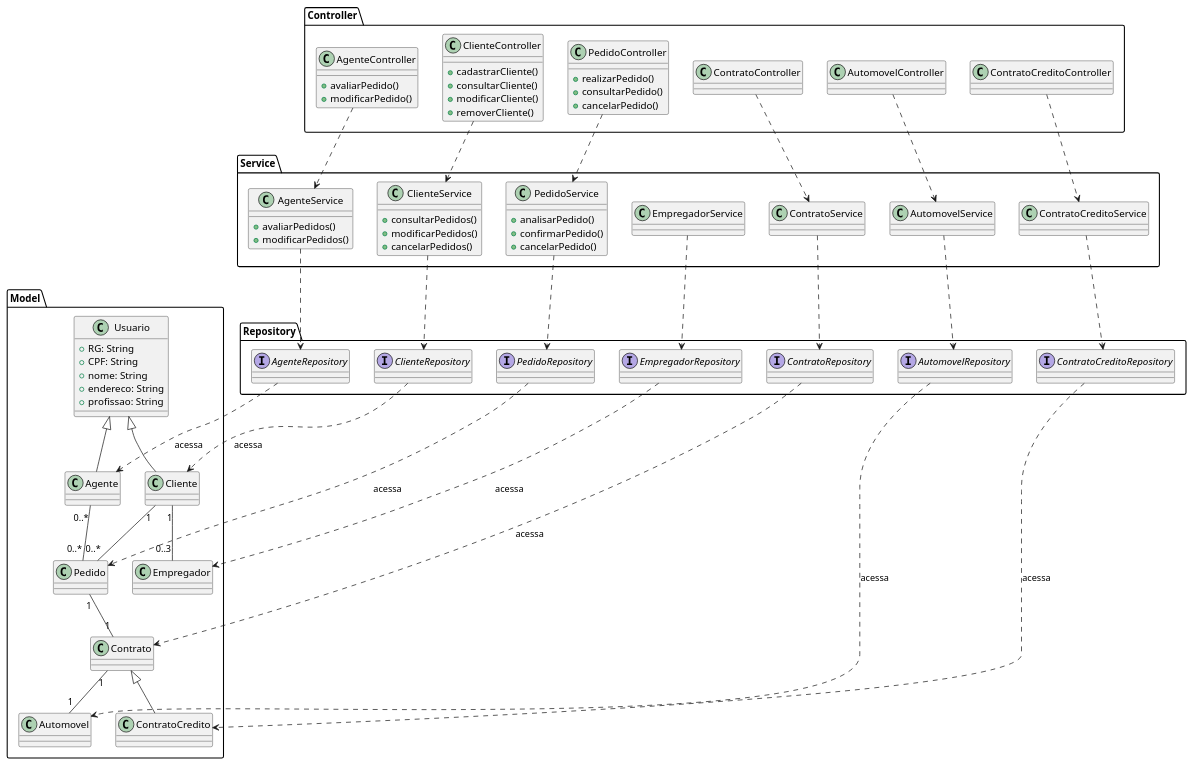
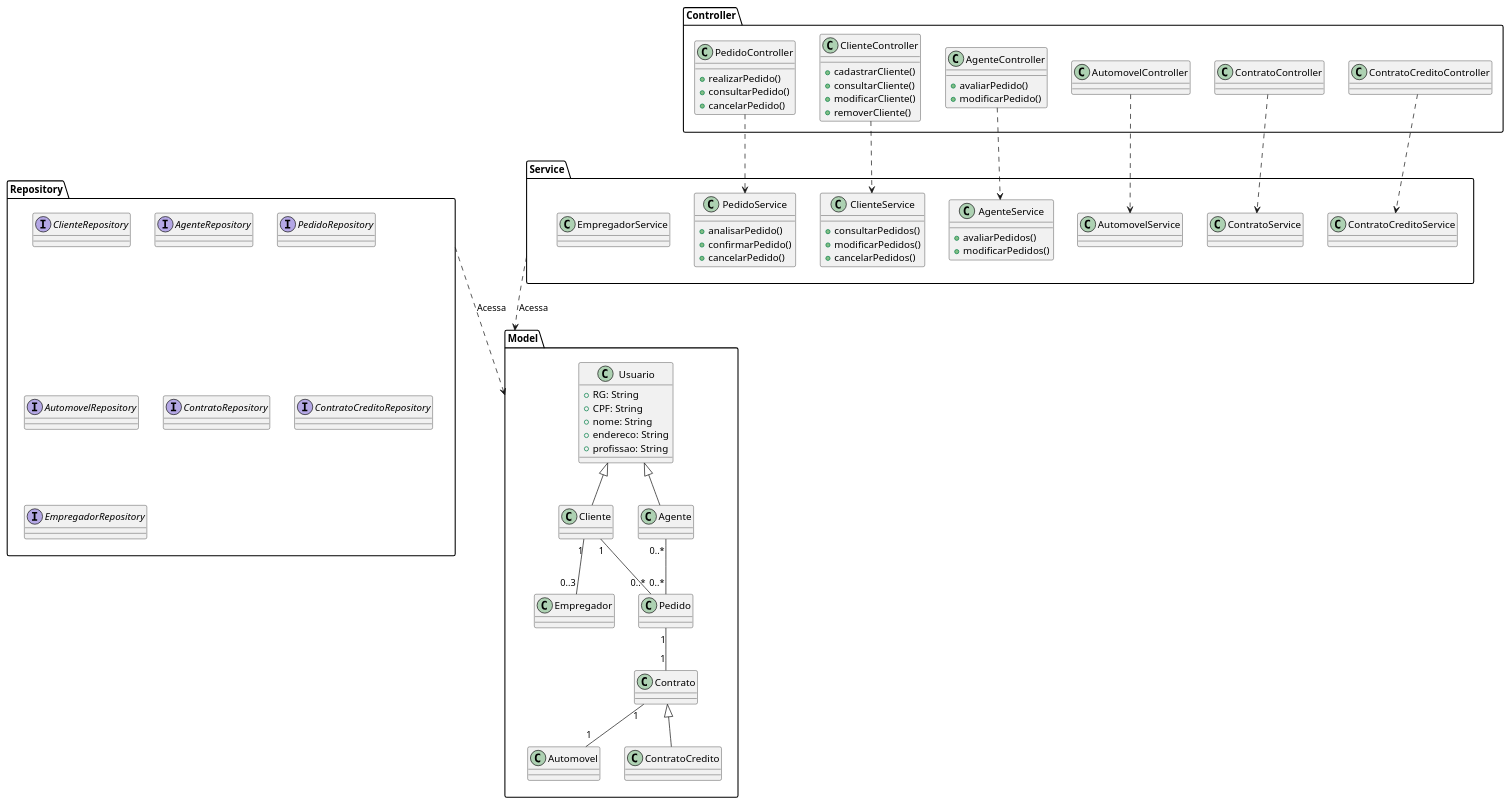
One commit to joaolezsi/LabDevSoftw-SistemaAluguel changed the diagram in projeto/Diagrama de pacotes.plantuml. Above: the diagram before and after it, drawn with PlantUML.

Commit message:
correção diagrama de pacotes

```diff
--- a/projeto/Diagrama de pacotes.plantuml
+++ b/projeto/Diagrama de pacotes.plantuml
@@ -1,104 +1,90 @@
 @startuml
+
+package "Service" {
+    class ClienteService {
+        +consultarPedidos()
+        +modificarPedidos()
+        +cancelarPedidos()
+    }
+    class AgenteService {
+        +avaliarPedidos()
+        +modificarPedidos()
+    }
+    class PedidoService {
+        +analisarPedido()
+        +confirmarPedido()
+        +cancelarPedido()
+    }
+    class AutomovelService
+    class ContratoService
+    class ContratoCreditoService
+    class EmpregadorService
+}
 
 package "Model" {
     class Usuario {
         +RG: String
         +CPF: String
         +nome: String
         +endereco: String
         +profissao: String
     }
     class Cliente
     class Agente
     class Pedido
     class Automovel
     class Contrato
     class ContratoCredito
     class Empregador
 
     Usuario <|-- Cliente
     Usuario <|-- Agente
     Cliente "1" -- "0..*" Pedido
     Pedido "1" -- "1" Contrato
     Contrato <|-- ContratoCredito
     Contrato "1" -- "1" Automovel
     Cliente "1" -- "0..3" Empregador
     Agente "0..*" -- "0..*" Pedido
 }
 
 package "Repository" {
     interface ClienteRepository
     interface AgenteRepository
     interface PedidoRepository
     interface AutomovelRepository
     interface ContratoRepository
     interface ContratoCreditoRepository
     interface EmpregadorRepository
-
-    ClienteRepository ..> Cliente : "acessa"
-    AgenteRepository ..> Agente : "acessa"
-    PedidoRepository ..> Pedido : "acessa"
-    AutomovelRepository ..> Automovel : "acessa"
-    ContratoRepository ..> Contrato : "acessa"
-    ContratoCreditoRepository ..> ContratoCredito : "acessa"
-    EmpregadorRepository ..> Empregador : "acessa"
-}
-
-package "Service" {
-    class ClienteService {
-        +consultarPedidos()
-        +modificarPedidos()
-        +cancelarPedidos()
-    }
-    class AgenteService {
-        +avaliarPedidos()
-        +modificarPedidos()
-    }
-    class PedidoService {
-        +analisarPedido()
-        +confirmarPedido()
-        +cancelarPedido()
-    }
-    class AutomovelService
-    class ContratoService
-    class ContratoCreditoService
-    class EmpregadorService
-
-    ClienteService ..> ClienteRepository
-    AgenteService ..> AgenteRepository
-    PedidoService ..> PedidoRepository
-    AutomovelService ..> AutomovelRepository
-    ContratoService ..> ContratoRepository
-    ContratoCreditoService ..> ContratoCreditoRepository
-    EmpregadorService ..> EmpregadorRepository
 }
 
 package "Controller" {
     class PedidoController {
         +realizarPedido()
         +consultarPedido()
         +cancelarPedido()
     }
     class ClienteController {
         +cadastrarCliente()
         +consultarCliente()
         +modificarCliente()
         +removerCliente()
     }
     class AgenteController {
         +avaliarPedido()
         +modificarPedido()
     }
     class AutomovelController
     class ContratoController
     class ContratoCreditoController
-
-    PedidoController ..> PedidoService
-    ClienteController ..> ClienteService
-    AgenteController ..> AgenteService
-    AutomovelController ..> AutomovelService
-    ContratoController ..> ContratoService
-    ContratoCreditoController ..> ContratoCreditoService
 }
 
+PedidoController ..> PedidoService
+ClienteController ..> ClienteService
+AgenteController ..> AgenteService
+AutomovelController ..> AutomovelService
+ContratoController ..> ContratoService
+ContratoCreditoController ..> ContratoCreditoService
+
+Service ..> Model : "Acessa"
+Repository ..> Model : "Acessa"
 @enduml
```
